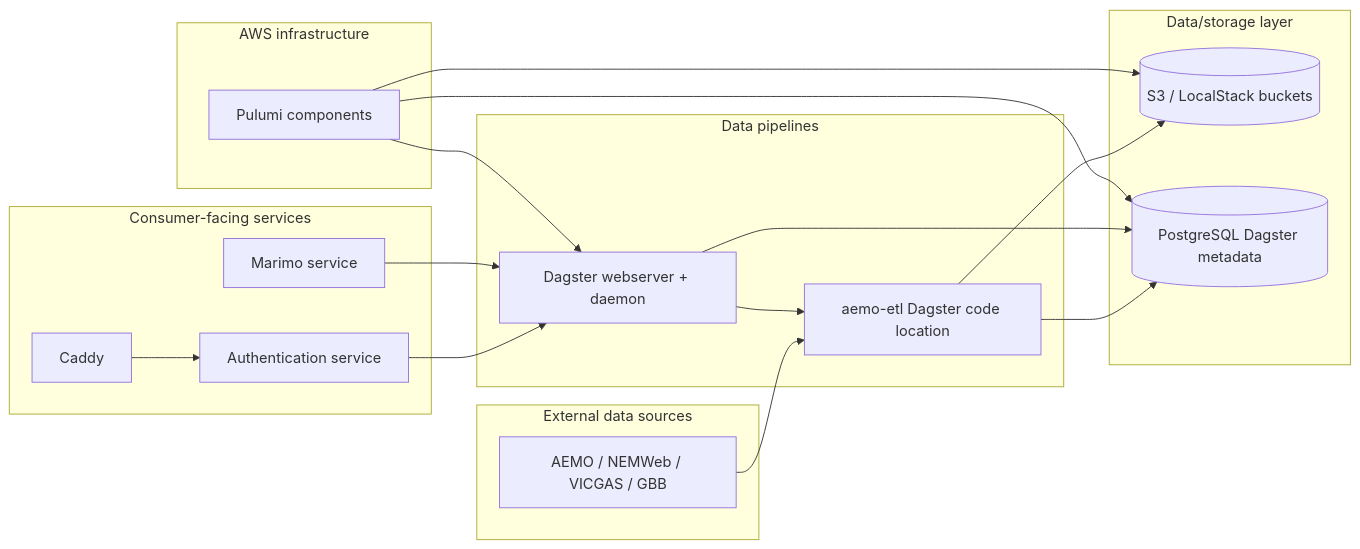
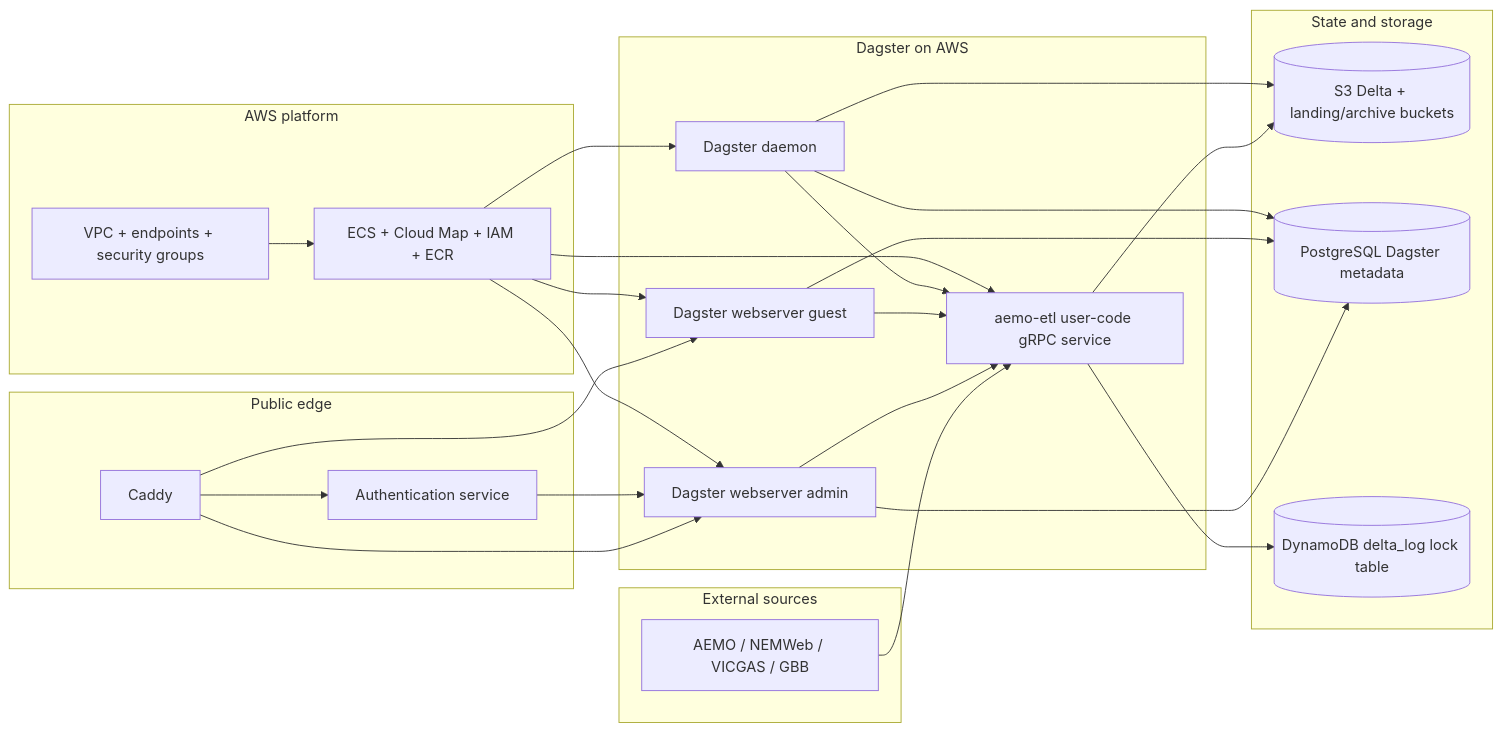
The diagram in README.md (Chr1sC0de/energy-market-delta-lake), drawn with Mermaid before and after one commit. The commit also changed other lines of this file and 4 other files, not shown here.

Commit message:
docs: refresh readme and architecture docs

````diff
--- a/README.md
+++ b/README.md
@@ -38,38 +18,49 @@
 ```mermaid
 flowchart LR
-  subgraph Sources[External data sources]
+  subgraph Sources[External sources]
     A[AEMO / NEMWeb / VICGAS / GBB]
   end
 
-  subgraph Pipelines[Data pipelines]
-    B[aemo-etl Dagster code location]
-    C[Dagster webserver + daemon]
+  subgraph Edge[Public edge]
+    B[Caddy]
+    C[Authentication service]
   end
 
-  subgraph Storage[Data/storage layer]
-    D[(S3 / LocalStack buckets)]
-    E[(PostgreSQL Dagster metadata)]
+  subgraph Dagster[Dagster on AWS]
+    D[Dagster webserver admin]
+    E[Dagster webserver guest]
+    F[Dagster daemon]
+    G[aemo-etl user-code gRPC service]
   end
 
-  subgraph Consumers[Consumer-facing services]
-    F[Authentication service]
-    G[Marimo service]
-    H[Caddy]
+  subgraph Data[State and storage]
+    H[(S3 Delta + landing/archive buckets)]
+    I[(PostgreSQL Dagster metadata)]
+    J[(DynamoDB delta_log lock table)]
   end
 
-  subgraph Infra[AWS infrastructure]
-    I[Pulumi components]
+  subgraph Platform[AWS platform]
+    K[VPC + endpoints + security groups]
+    L[ECS + Cloud Map + IAM + ECR]
   end
 
-  A --> B
+  A --> G
+  B --> C
   B --> D
   B --> E
-  C --> B
-  C --> E
-  F --> C
-  G --> C
-  H --> F
-  I --> C
-  I --> D
-  I --> E
+  C --> D
+  D --> G
+  E --> G
+  F --> G
+  G --> H
+  F --> H
+  G --> J
+  D --> I
+  E --> I
+  F --> I
+  K --> L
+  L --> D
+  L --> E
+  L --> F
+  L --> G
 ```
````
